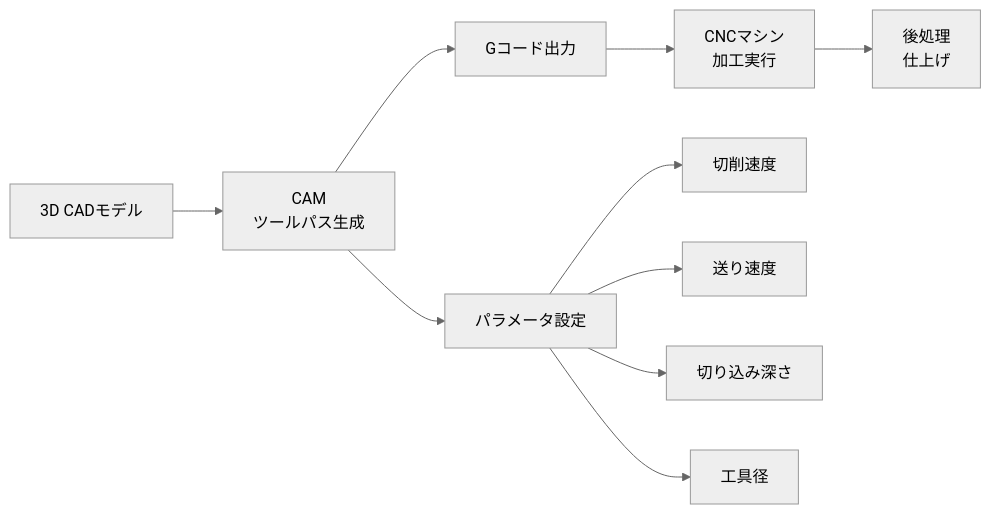
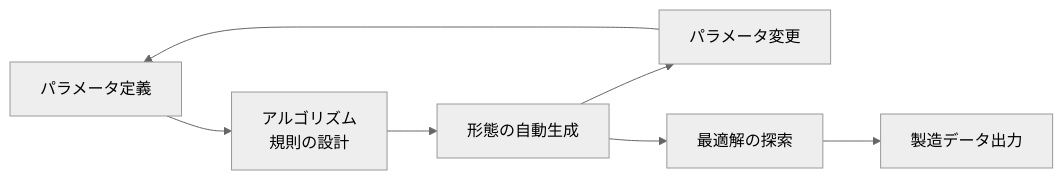
One commit to Hide-nu/Designer-curriculum changed the third of 5 diagrams in docs/books/04-critical-making/ch03-digital-fabrication.md. Above: the diagram before and after it, drawn with Mermaid (neutral theme). The commit also changed other lines of this file and 13 other files, not shown here.

````diff
--- a/docs/books/04-critical-making/ch03-digital-fabrication.md
+++ b/docs/books/04-critical-making/ch03-digital-fabrication.md
@@ -64,13 +97,9 @@
 ```mermaid
 graph LR
-    A[3D CADモデル] --> B[CAM<br>ツールパス生成]
-    B --> C[Gコード出力]
-    C --> D[CNCマシン<br>加工実行]
-    D --> E[後処理<br>仕上げ]
-
-    B --> F[パラメータ設定]
-    F --> G[切削速度]
-    F --> H[送り速度]
-    F --> I[切り込み深さ]
-    F --> J[工具径]
+    A[パラメータ定義] --> B[アルゴリズム<br/>規則の設計]
+    B --> C[形態の自動生成]
+    C --> D[パラメータ変更]
+    D --> A
+    C --> E[最適解の探索]
+    E --> F[製造データ出力]
 ```
````
